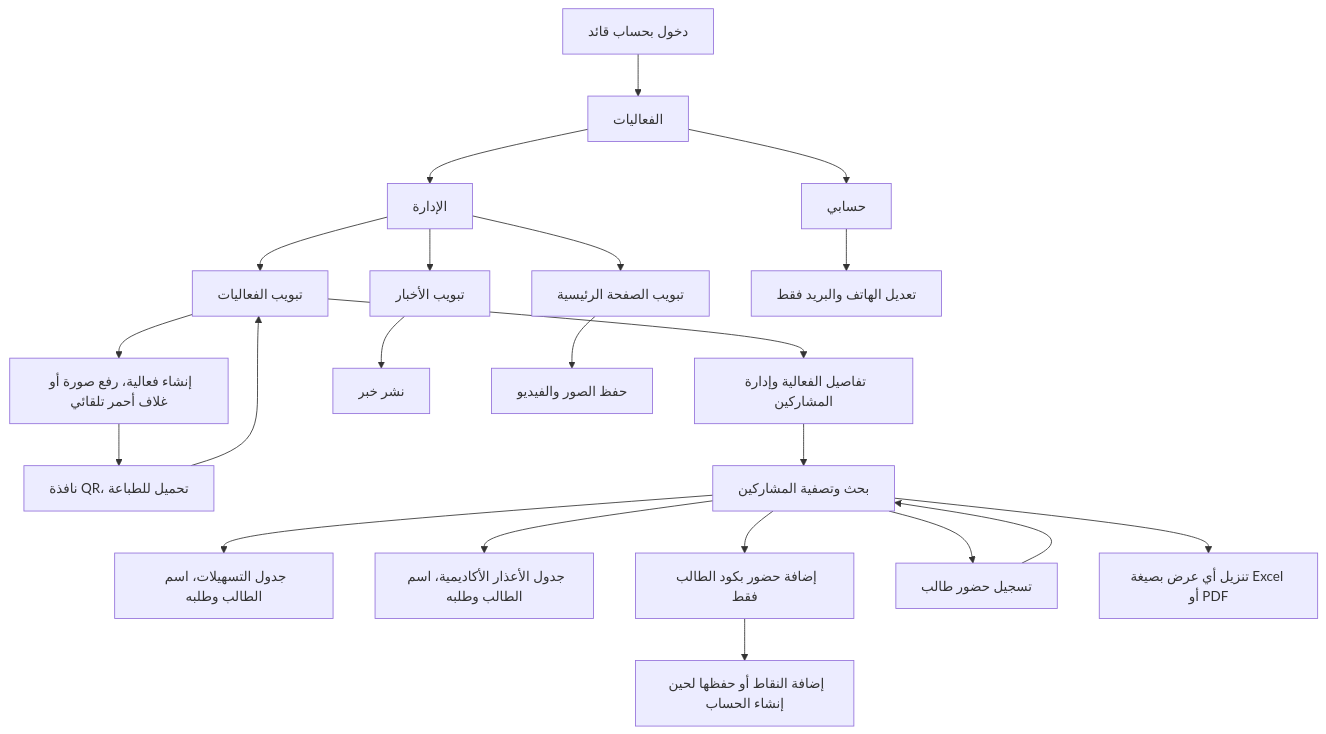
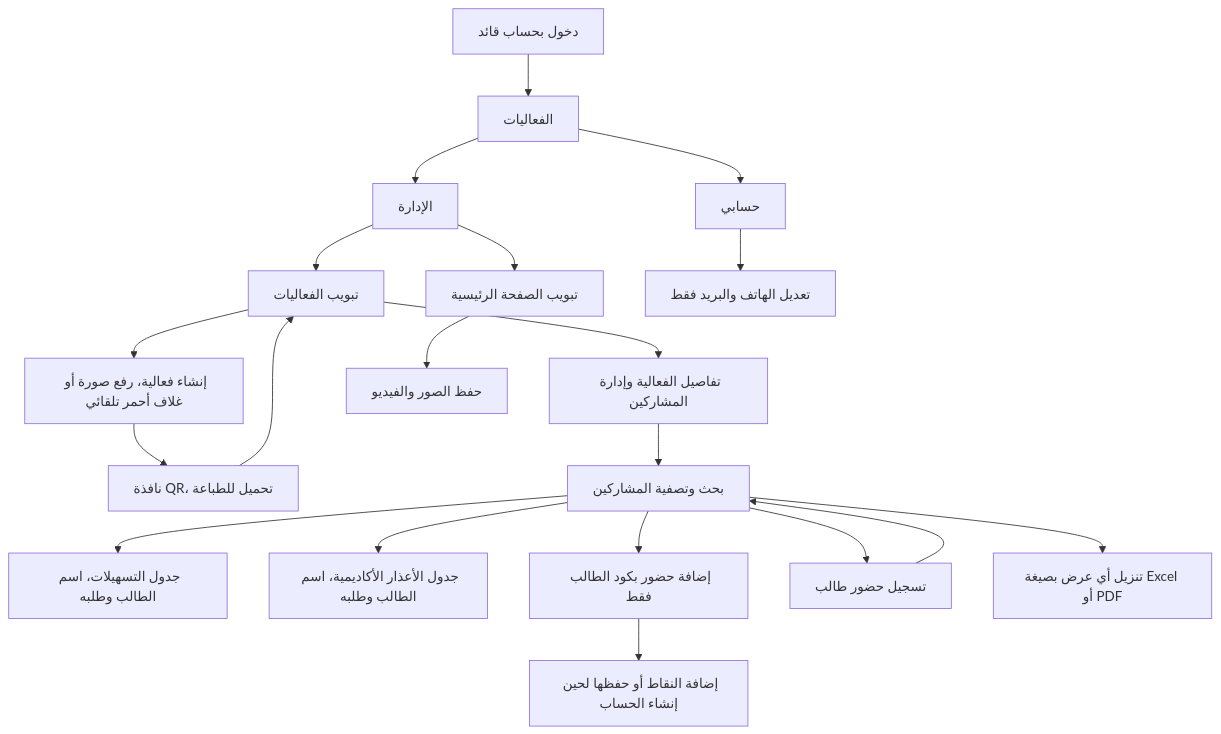
The second of 2 diagrams in docs/SCREEN-FLOWS.md (hebaintheloop/mn-agl-masr), drawn with Mermaid before and after one commit. The commit also changed other lines of this file and 13 other files, not shown here.

````diff
--- a/docs/SCREEN-FLOWS.md
+++ b/docs/SCREEN-FLOWS.md
@@ -36,24 +36,22 @@
 ```mermaid
 flowchart TD
   L["دخول بحساب قائد"] --> E["الفعاليات"]
   E --> M["الإدارة"]
   M --> T["تبويب الفعاليات"]
   T --> C["إنشاء فعالية، رفع صورة أو غلاف أحمر تلقائي"]
   C --> Q["نافذة QR، تحميل للطباعة"]
   Q --> T
   T --> D["تفاصيل الفعالية وإدارة المشاركين"]
   D --> F["بحث وتصفية المشاركين"]
   F --> R["جدول التسهيلات، اسم الطالب وطلبه"]
   F --> EX["جدول الأعذار الأكاديمية، اسم الطالب وطلبه"]
   F --> AC["إضافة حضور بكود الطالب فقط"]
   AC --> PC["إضافة النقاط أو حفظها لحين إنشاء الحساب"]
   F --> I["تسجيل حضور طالب"]
   I --> F
   F --> X["تنزيل أي عرض بصيغة Excel أو PDF"]
-  M --> N["تبويب الأخبار"]
-  N --> NP["نشر خبر"]
   M --> HP["تبويب الصفحة الرئيسية"]
   HP --> HS["حفظ الصور والفيديو"]
   E --> A["حسابي"]
   A --> U["تعديل الهاتف والبريد فقط"]
 ```
````
